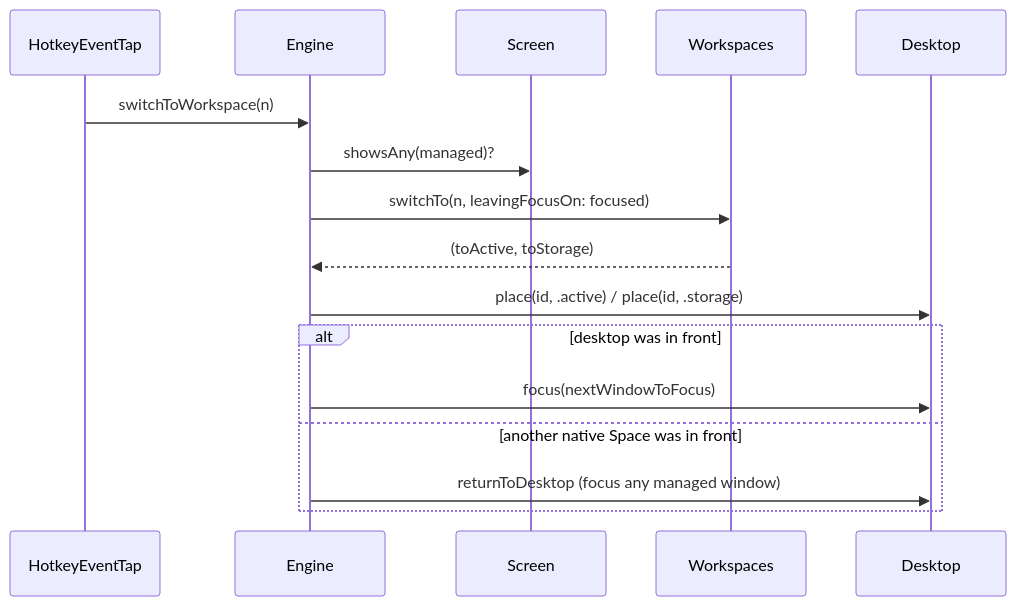
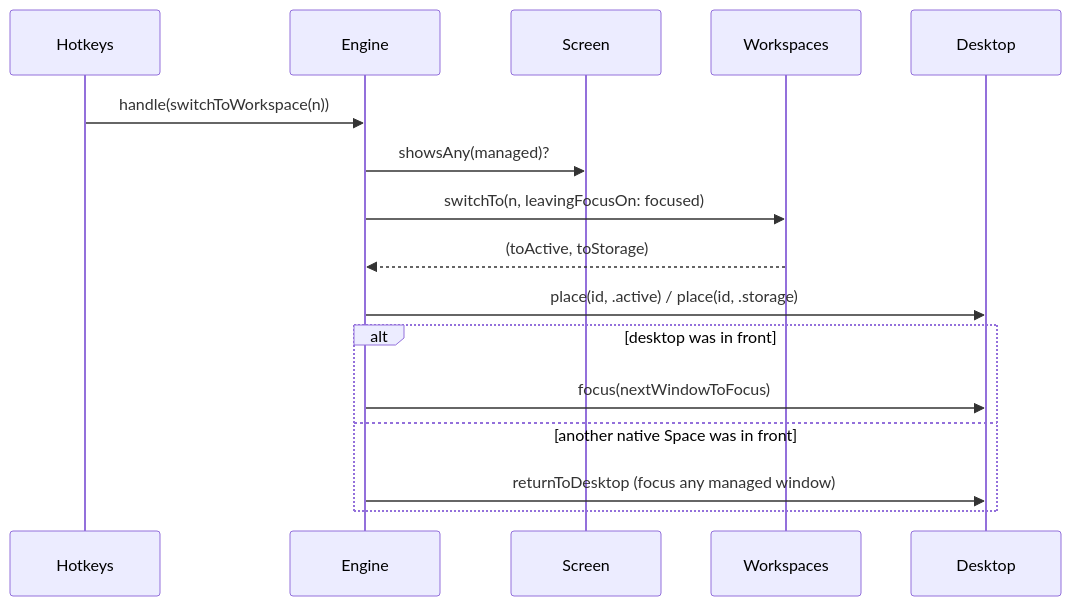
One commit to brennovich/ottowm changed the third of 4 diagrams in ARCHITECTURE.md. Above: the diagram before and after it, drawn with Mermaid. The commit also changed other lines of this file and 6 other files, not shown here.

First line of the commit message:
Rename HotkeyEventTap to Hotkeys, narrow to a matcher

````diff
--- a/ARCHITECTURE.md
+++ b/ARCHITECTURE.md
@@ -94,13 +93,13 @@
 ```mermaid
 sequenceDiagram
-    HotkeyEventTap->>Engine: switchToWorkspace(n)
+    Hotkeys->>Engine: handle(switchToWorkspace(n))
     Engine->>Screen: showsAny(managed)?
     Engine->>Workspaces: switchTo(n, leavingFocusOn: focused)
     Workspaces-->>Engine: (toActive, toStorage)
     Engine->>Desktop: place(id, .active) / place(id, .storage)
     alt desktop was in front
         Engine->>Desktop: focus(nextWindowToFocus)
     else another native Space was in front
         Engine->>Desktop: returnToDesktop (focus any managed window)
     end
 ```
````
